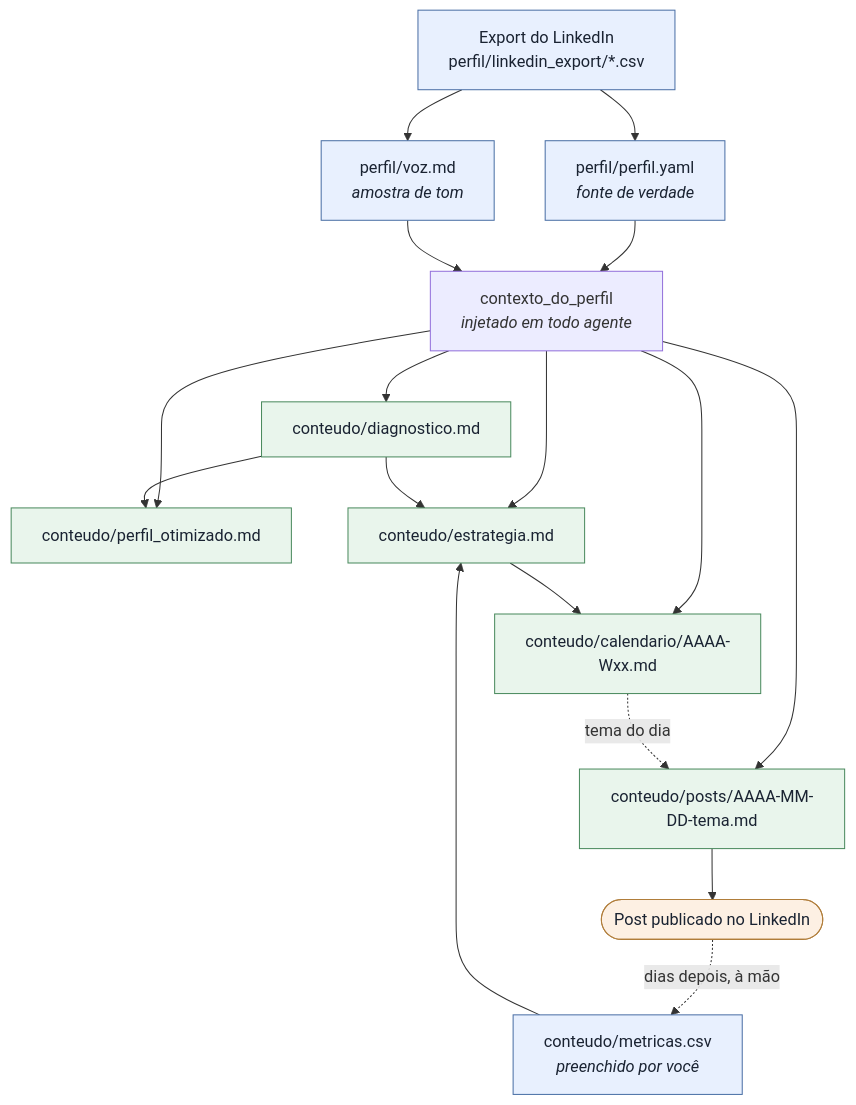
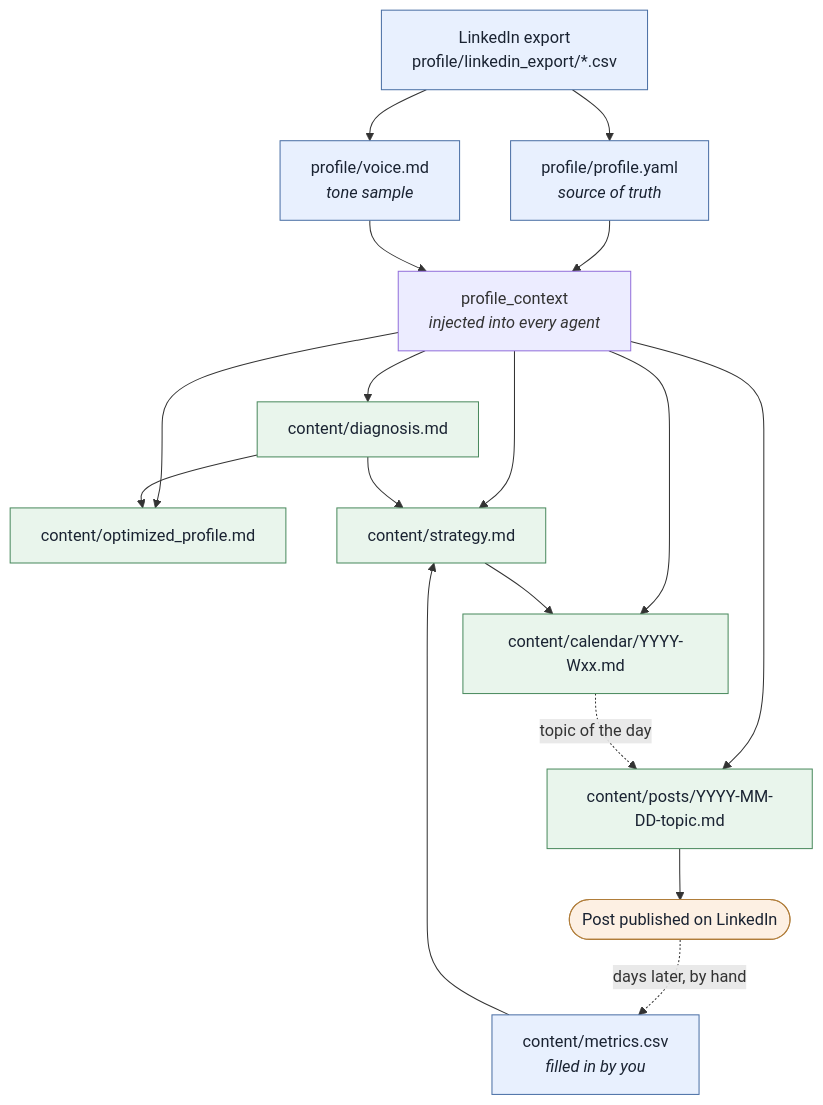
One commit to gabrantoniette/linkedin-growth-agents changed the second of 5 diagrams in docs/mindmap.md. Above: the diagram before and after it, drawn with Mermaid. The commit also changed other lines of this file and 48 other files, not shown here.

````diff
--- a/docs/mindmap.md
+++ b/docs/mindmap.md
@@ -88,29 +88,29 @@
 ```mermaid
 flowchart TD
-    EXPORT["Export do LinkedIn<br/>perfil/linkedin_export/*.csv"] --> YAML["perfil/perfil.yaml<br/><i>fonte de verdade</i>"]
-    EXPORT --> VOZ["perfil/voz.md<br/><i>amostra de tom</i>"]
+    EXPORT["LinkedIn export<br/>profile/linkedin_export/*.csv"] --> YAML["profile/profile.yaml<br/><i>source of truth</i>"]
+    EXPORT --> VOICE["profile/voice.md<br/><i>tone sample</i>"]
 
-    YAML --> CTX["contexto_do_perfil<br/><i>injetado em todo agente</i>"]
-    VOZ --> CTX
+    YAML --> CTX["profile_context<br/><i>injected into every agent</i>"]
+    VOICE --> CTX
 
-    CTX --> DIAG["conteudo/diagnostico.md"]
-    CTX --> PERF["conteudo/perfil_otimizado.md"]
-    CTX --> ESTR["conteudo/estrategia.md"]
-    CTX --> CAL["conteudo/calendario/AAAA-Wxx.md"]
-    CTX --> POST["conteudo/posts/AAAA-MM-DD-tema.md"]
+    CTX --> DIAG["content/diagnosis.md"]
+    CTX --> PROF["content/optimized_profile.md"]
+    CTX --> STRAT["content/strategy.md"]
+    CTX --> CAL["content/calendar/YYYY-Wxx.md"]
+    CTX --> POST["content/posts/YYYY-MM-DD-topic.md"]
 
-    DIAG --> PERF
-    DIAG --> ESTR
-    MET["conteudo/metricas.csv<br/><i>preenchido por você</i>"] --> ESTR
-    ESTR --> CAL
-    CAL -.->|tema do dia| POST
-    POST --> PUB(["Post publicado no LinkedIn"])
-    PUB -.->|dias depois, à mão| MET
+    DIAG --> PROF
+    DIAG --> STRAT
+    MET["content/metrics.csv<br/><i>filled in by you</i>"] --> STRAT
+    STRAT --> CAL
+    CAL -.->|topic of the day| POST
+    POST --> PUB(["Post published on LinkedIn"])
+    PUB -.->|days later, by hand| MET
 
-    classDef entrada fill:#e8f0fe,stroke:#4a6fa5,color:#1a2332
-    classDef saida fill:#e9f5ec,stroke:#4a8a5e,color:#1a2332
-    classDef externo fill:#fdf0e3,stroke:#b07d3a,color:#1a2332
-    class EXPORT,YAML,VOZ,MET entrada
-    class DIAG,PERF,ESTR,CAL,POST saida
-    class PUB externo
+    classDef input fill:#e8f0fe,stroke:#4a6fa5,color:#1a2332
+    classDef output fill:#e9f5ec,stroke:#4a8a5e,color:#1a2332
+    classDef external fill:#fdf0e3,stroke:#b07d3a,color:#1a2332
+    class EXPORT,YAML,VOICE,MET input
+    class DIAG,PROF,STRAT,CAL,POST output
+    class PUB external
 ```
````
